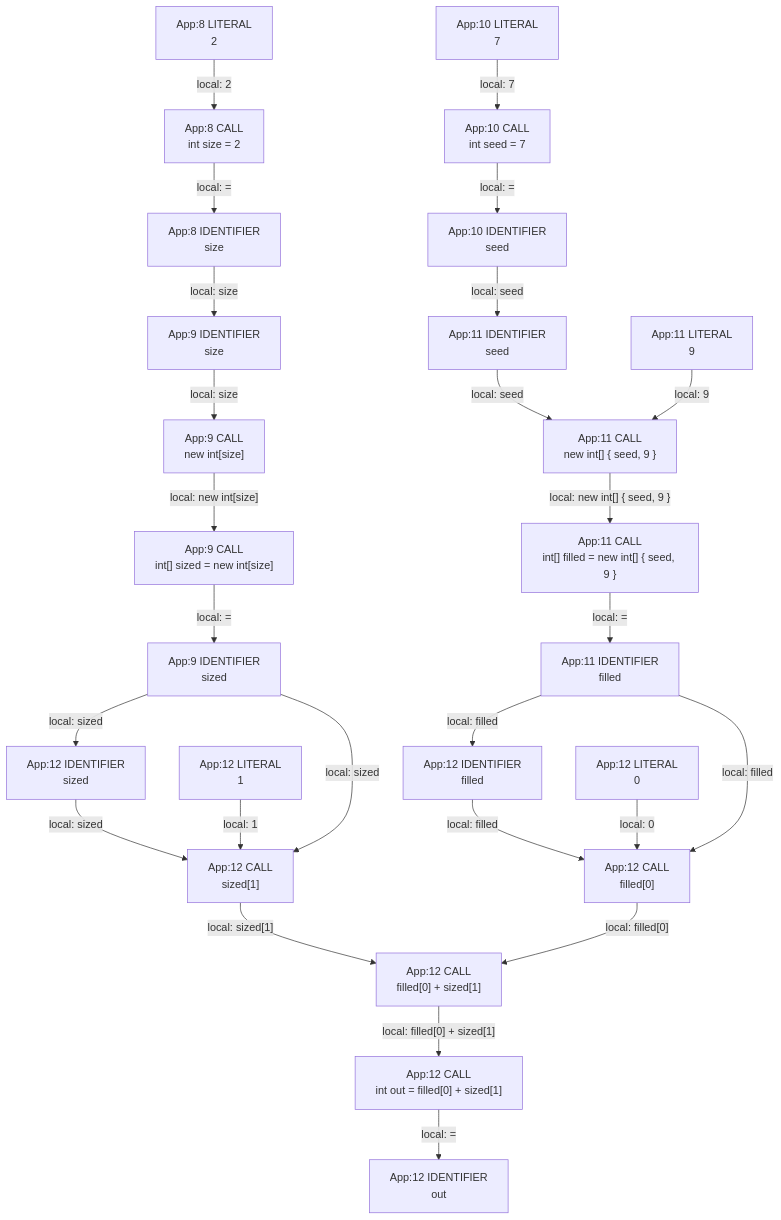
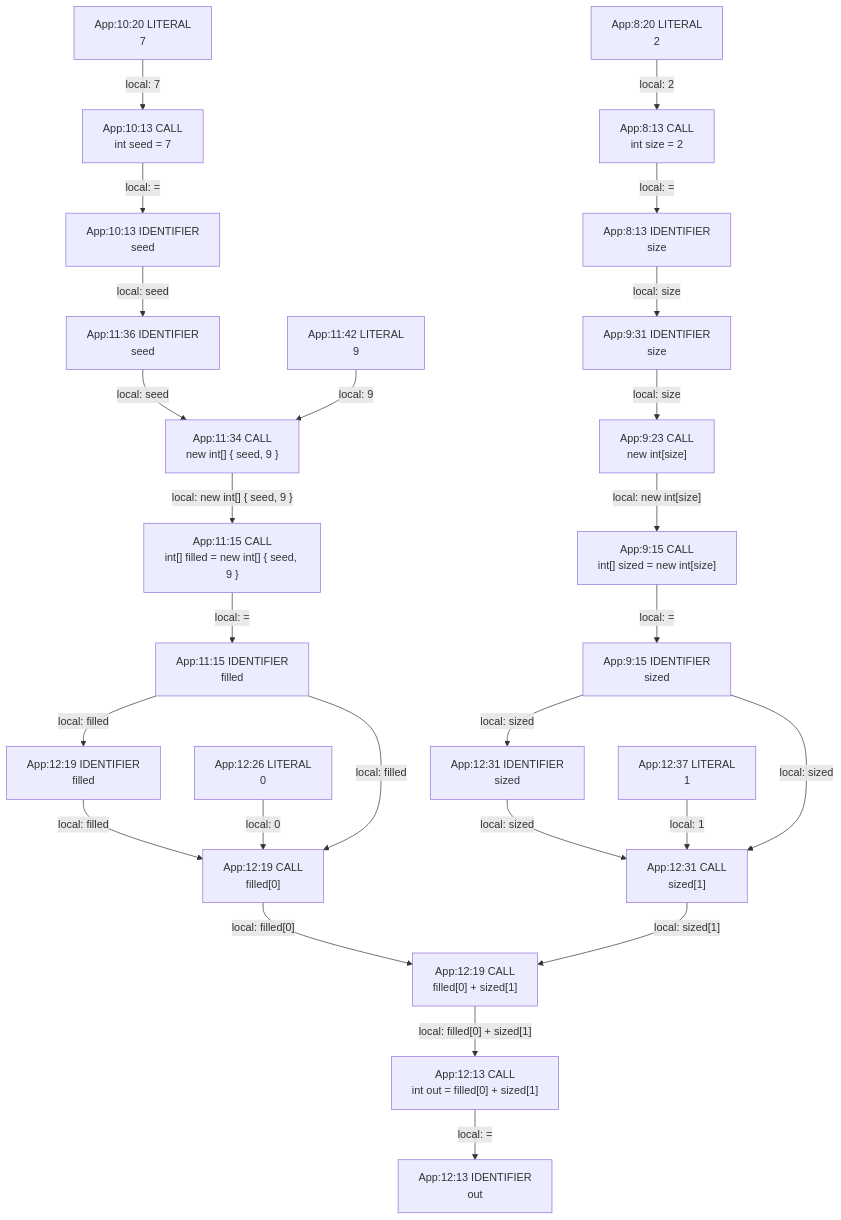
Before and after one commit to gstiebler/codeflow: the diagram in app/src/test/resources/arrayCreation/spike-truth.md, drawn with Mermaid. The commit also changed 154 other files, not shown here.

````diff
--- a/app/src/test/resources/arrayCreation/spike-truth.md
+++ b/app/src/test/resources/arrayCreation/spike-truth.md
@@ -3,52 +3,52 @@
 ```mermaid
 flowchart TD
-  n0["App:10 CALL<br/>int seed = 7"]
-  n1["App:10 IDENTIFIER<br/>seed"]
-  n2["App:10 LITERAL<br/>7"]
-  n3["App:11 CALL<br/>int[] filled = new int[] { seed, 9 }"]
-  n4["App:11 CALL<br/>new int[] { seed, 9 }"]
-  n5["App:11 IDENTIFIER<br/>filled"]
-  n6["App:11 IDENTIFIER<br/>seed"]
-  n7["App:11 LITERAL<br/>9"]
-  n8["App:12 CALL<br/>filled[0]"]
-  n9["App:12 CALL<br/>filled[0] + sized[1]"]
-  n10["App:12 CALL<br/>int out = filled[0] + sized[1]"]
-  n11["App:12 CALL<br/>sized[1]"]
-  n12["App:12 IDENTIFIER<br/>filled"]
-  n13["App:12 IDENTIFIER<br/>out"]
-  n14["App:12 IDENTIFIER<br/>sized"]
-  n15["App:12 LITERAL<br/>0"]
-  n16["App:12 LITERAL<br/>1"]
-  n17["App:8 CALL<br/>int size = 2"]
-  n18["App:8 IDENTIFIER<br/>size"]
-  n19["App:8 LITERAL<br/>2"]
-  n20["App:9 CALL<br/>int[] sized = new int[size]"]
-  n21["App:9 CALL<br/>new int[size]"]
-  n22["App:9 IDENTIFIER<br/>size"]
-  n23["App:9 IDENTIFIER<br/>sized"]
+  n0["App:10:13 CALL<br/>int seed = 7"]
+  n1["App:10:13 IDENTIFIER<br/>seed"]
+  n2["App:10:20 LITERAL<br/>7"]
+  n3["App:11:15 CALL<br/>int[] filled = new int[] { seed, 9 }"]
+  n4["App:11:15 IDENTIFIER<br/>filled"]
+  n5["App:11:34 CALL<br/>new int[] { seed, 9 }"]
+  n6["App:11:36 IDENTIFIER<br/>seed"]
+  n7["App:11:42 LITERAL<br/>9"]
+  n8["App:12:13 CALL<br/>int out = filled[0] + sized[1]"]
+  n9["App:12:13 IDENTIFIER<br/>out"]
+  n10["App:12:19 CALL<br/>filled[0]"]
+  n11["App:12:19 CALL<br/>filled[0] + sized[1]"]
+  n12["App:12:19 IDENTIFIER<br/>filled"]
+  n13["App:12:26 LITERAL<br/>0"]
+  n14["App:12:31 CALL<br/>sized[1]"]
+  n15["App:12:31 IDENTIFIER<br/>sized"]
+  n16["App:12:37 LITERAL<br/>1"]
+  n17["App:8:13 CALL<br/>int size = 2"]
+  n18["App:8:13 IDENTIFIER<br/>size"]
+  n19["App:8:20 LITERAL<br/>2"]
+  n20["App:9:15 CALL<br/>int[] sized = new int[size]"]
+  n21["App:9:15 IDENTIFIER<br/>sized"]
+  n22["App:9:23 CALL<br/>new int[size]"]
+  n23["App:9:31 IDENTIFIER<br/>size"]
   n0 -->|"local: ="| n1
   n1 -->|"local: seed"| n6
-  n10 -->|"local: ="| n13
-  n11 -->|"local: sized[1]"| n9
-  n12 -->|"local: filled"| n8
-  n14 -->|"local: sized"| n11
-  n15 -->|"local: 0"| n8
-  n16 -->|"local: 1"| n11
+  n10 -->|"local: filled[0]"| n11
+  n11 -->|"local: filled[0] + sized[1]"| n8
+  n12 -->|"local: filled"| n10
+  n13 -->|"local: 0"| n10
+  n14 -->|"local: sized[1]"| n11
+  n15 -->|"local: sized"| n14
+  n16 -->|"local: 1"| n14
   n17 -->|"local: ="| n18
-  n18 -->|"local: size"| n22
+  n18 -->|"local: size"| n23
   n19 -->|"local: 2"| n17
   n2 -->|"local: 7"| n0
-  n20 -->|"local: ="| n23
-  n21 -->|"local: new int[size]"| n20
-  n22 -->|"local: size"| n21
-  n23 -->|"local: sized"| n11
-  n23 -->|"local: sized"| n14
-  n3 -->|"local: ="| n5
-  n4 -->|"local: new int[] { seed, 9 }"| n3
-  n5 -->|"local: filled"| n12
-  n5 -->|"local: filled"| n8
-  n6 -->|"local: seed"| n4
-  n7 -->|"local: 9"| n4
-  n8 -->|"local: filled[0]"| n9
-  n9 -->|"local: filled[0] + sized[1]"| n10
+  n20 -->|"local: ="| n21
+  n21 -->|"local: sized"| n14
+  n21 -->|"local: sized"| n15
+  n22 -->|"local: new int[size]"| n20
+  n23 -->|"local: size"| n22
+  n3 -->|"local: ="| n4
+  n4 -->|"local: filled"| n10
+  n4 -->|"local: filled"| n12
+  n5 -->|"local: new int[] { seed, 9 }"| n3
+  n6 -->|"local: seed"| n5
+  n7 -->|"local: 9"| n5
+  n8 -->|"local: ="| n9
 ```
````
